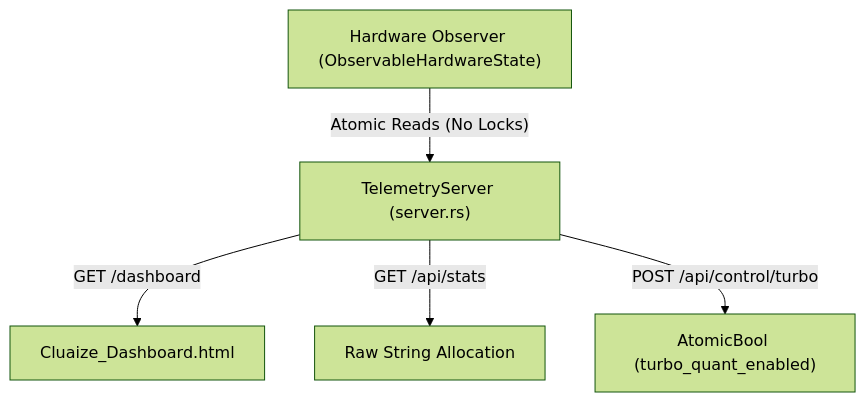
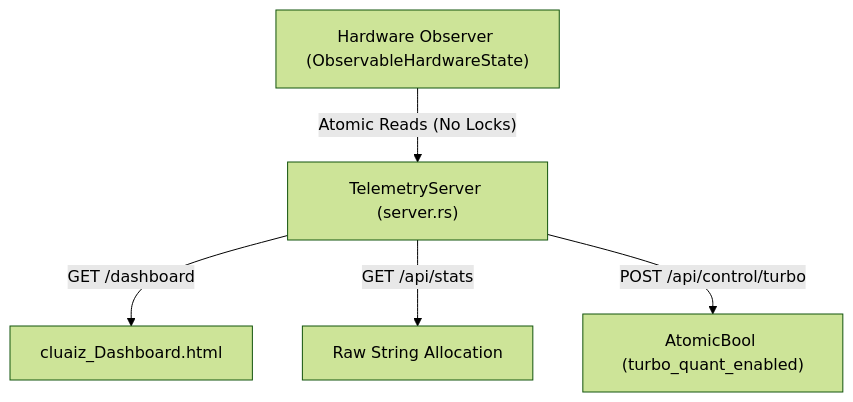
The diagram in Inference-engine/engines/src/api/README.md (ayan-kushwaha/Cluaiz-), drawn with Mermaid (forest theme) before and after one commit. The commit also changed other lines of this file and 441 other files, not shown here.

Commit message:
Refactor core orchestrator architecture and migrate FFI bindings to plugin system

````diff
--- a/Inference-engine/engines/src/api/README.md
+++ b/Inference-engine/engines/src/api/README.md
@@ -15,7 +15,7 @@
 ```mermaid
 graph TD
     Observer["Hardware Observer (ObservableHardwareState)"] -->|"Atomic Reads (No Locks)"| TCP["TelemetryServer (server.rs)"]
-    TCP -->|"GET /dashboard"| HTML["Cluaize_Dashboard.html"]
+    TCP -->|"GET /dashboard"| HTML["cluaiz_Dashboard.html"]
     TCP -->|"GET /api/stats"| JSON["Raw String Allocation"]
     TCP -->|"POST /api/control/turbo"| Atomic["AtomicBool (turbo_quant_enabled)"]
 ```
````
